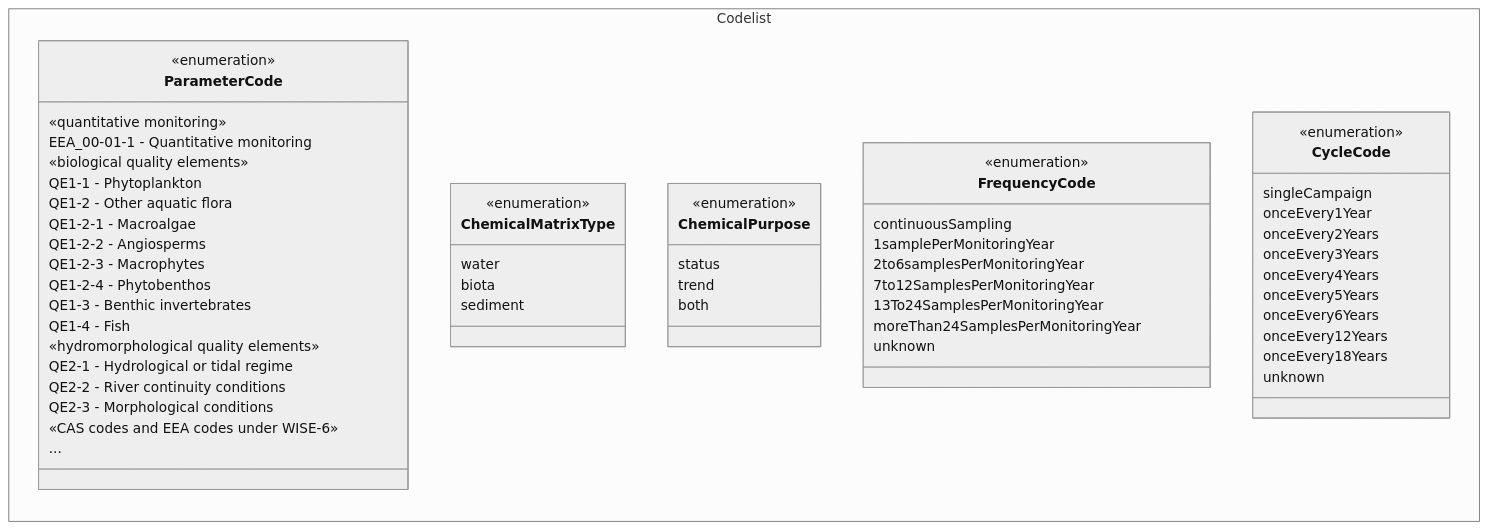
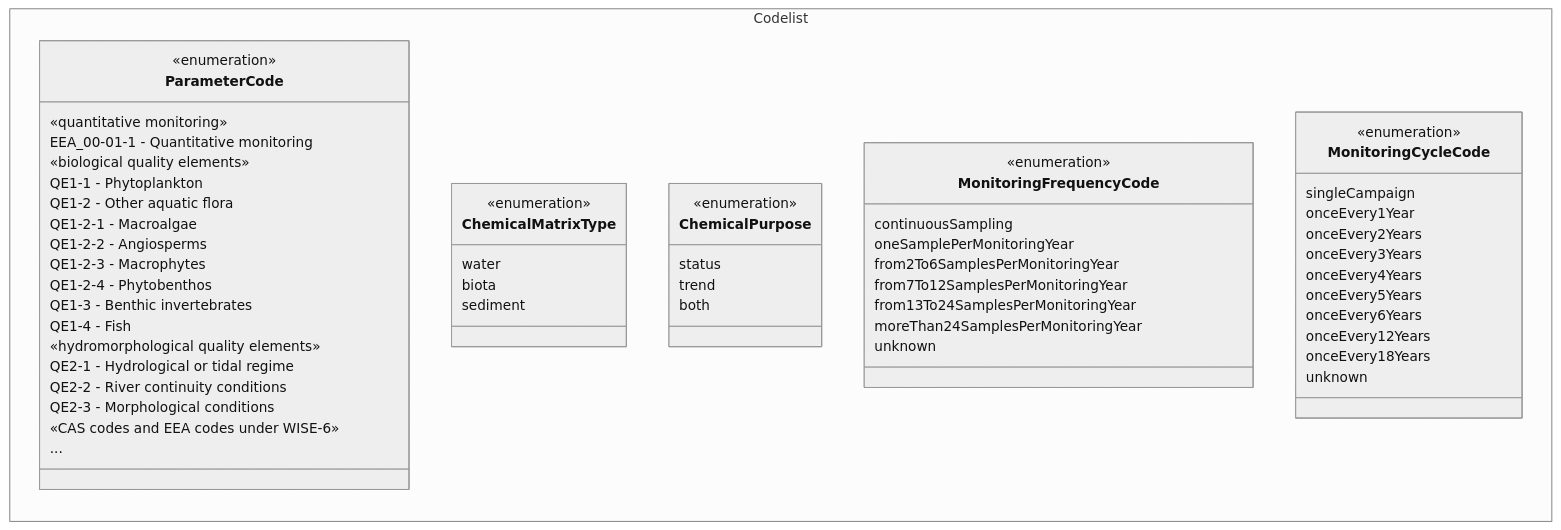
The second of 2 diagrams in docs/DataModelReview/WFDMonitoring.md (eeadata/WISE.WFD.Documentation), drawn with Mermaid before and after one commit. The commit also changed other lines of this file, not shown here.

Commit message:
Update to the monitoring codelists #303004

````diff
--- a/docs/DataModelReview/WFDMonitoring.md
+++ b/docs/DataModelReview/WFDMonitoring.md
@@ -178,76 +178,76 @@
 ```{mermaid}
 :name: CodelistsDescriptiveMonitoring4thcycle
 :caption:  Codelists - Monitoring - 4ᵗʰ cycle
 :align: center
 :zoom:
 %%{init: {'theme': 'neutral'}}%%
 classDiagram
 direction LR
 namespace Codelist{
 
     class ParameterCode{
       <<enumeration>>
 
       «quantitative monitoring»
       EEA_00-01-1 - Quantitative monitoring
 
       «biological quality elements»
       QE1-1 - Phytoplankton
       QE1-2 - Other aquatic flora
       QE1-2-1 - Macroalgae
       QE1-2-2 - Angiosperms
       QE1-2-3 - Macrophytes
       QE1-2-4 - Phytobenthos
       QE1-3 - Benthic invertebrates
       QE1-4 - Fish
 
       «hydromorphological quality elements»
       QE2-1 - Hydrological or tidal regime
       QE2-2 - River continuity conditions
       QE2-3 - Morphological conditions
 
       «CAS codes and EEA codes under WISE-6»
       ...
     }
 
     class ChemicalMatrixType{
         <<enumeration>>
         water
         biota
         sediment
         }
 
     class ChemicalPurpose{
         <<enumeration>>
         status
         trend
         both
         }   
 
-    class FrequencyCode{
+    class MonitoringFrequencyCode{
         <<enumeration>>
         continuousSampling
-        1samplePerMonitoringYear
-        2to6samplesPerMonitoringYear
-        7to12SamplesPerMonitoringYear
-        13To24SamplesPerMonitoringYear
+        oneSamplePerMonitoringYear
+        from2To6SamplesPerMonitoringYear
+        from7To12SamplesPerMonitoringYear
+        from13To24SamplesPerMonitoringYear
         moreThan24SamplesPerMonitoringYear
         unknown
         }   
 
-    class CycleCode{
+    class MonitoringCycleCode{
         <<enumeration>>
         singleCampaign
         onceEvery1Year
         onceEvery2Years
         onceEvery3Years
         onceEvery4Years
         onceEvery5Years
         onceEvery6Years
         onceEvery12Years
         onceEvery18Years
         unknown
         }   
 }
 
 ```
````
